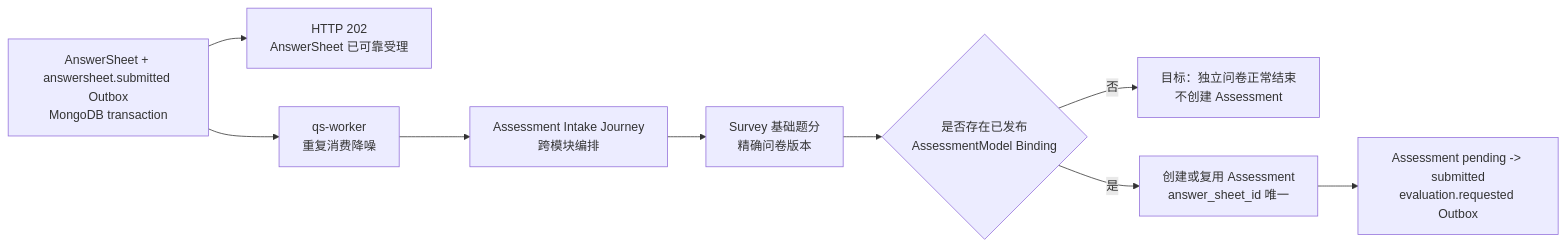
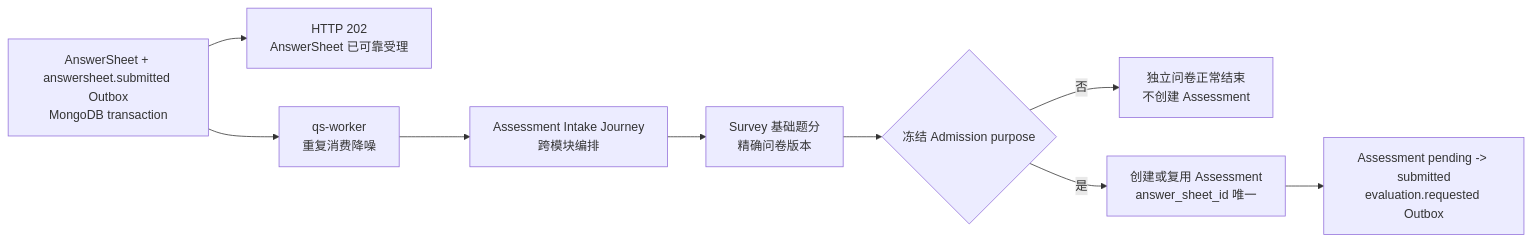
One commit to FangcunMount/qs-server changed the first of 4 diagrams in docs/02-业务模块/30-evaluation/30-关键链路-从AnswerSheet到Assessment.md. Above: the diagram before and after it, drawn with Mermaid. The commit also changed other lines of this file and 25 other files, not shown here.

````diff
--- a/docs/02-业务模块/30-evaluation/30-关键链路-从AnswerSheet到Assessment.md
+++ b/docs/02-业务模块/30-evaluation/30-关键链路-从AnswerSheet到Assessment.md
@@ -28,17 +28,17 @@
 ```mermaid
 flowchart LR
     A["AnswerSheet + answersheet.submitted Outbox<br/>MongoDB transaction"]
     H["HTTP 202<br/>AnswerSheet 已可靠受理"]
     W["qs-worker<br/>重复消费降噪"]
     J["Assessment Intake Journey<br/>跨模块编排"]
     S["Survey 基础题分<br/>精确问卷版本"]
-    B{"是否存在已发布<br/>AssessmentModel Binding"}
-    U["目标：独立问卷正常结束<br/>不创建 Assessment"]
+    B{"冻结 Admission purpose"}
+    U["独立问卷正常结束<br/>不创建 Assessment"]
     C["创建或复用 Assessment<br/>answer_sheet_id 唯一"]
     P["Assessment pending -> submitted<br/>evaluation.requested Outbox"]
 
     A --> H
     A --> W --> J --> S --> B
     B -->|"否"| U
     B -->|"是"| C --> P
 ```
````
